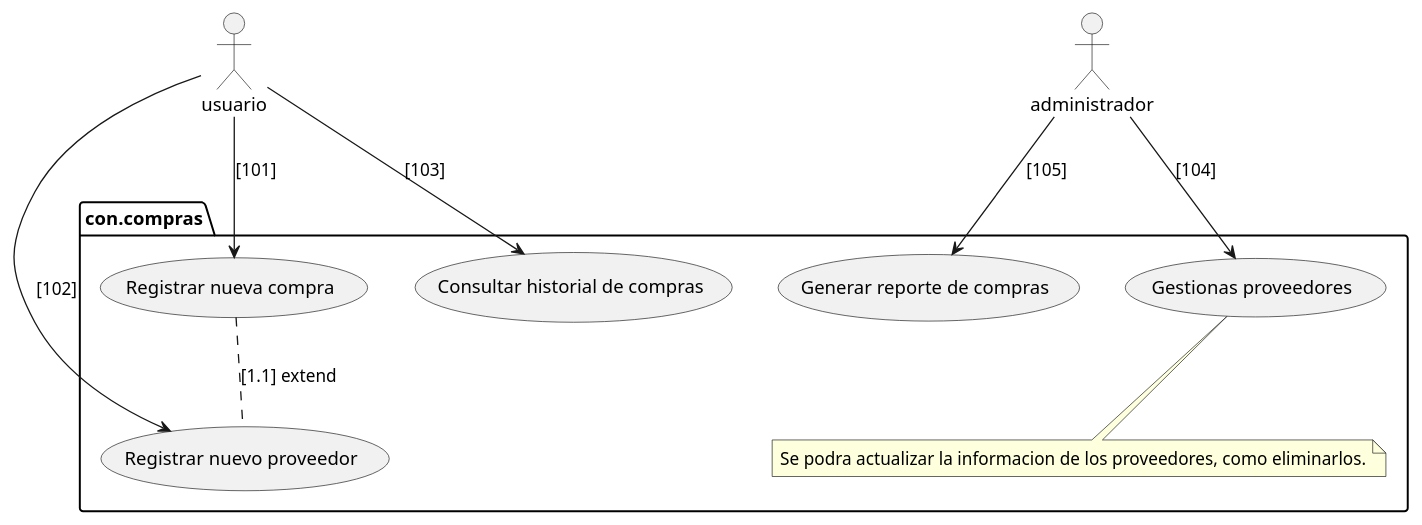
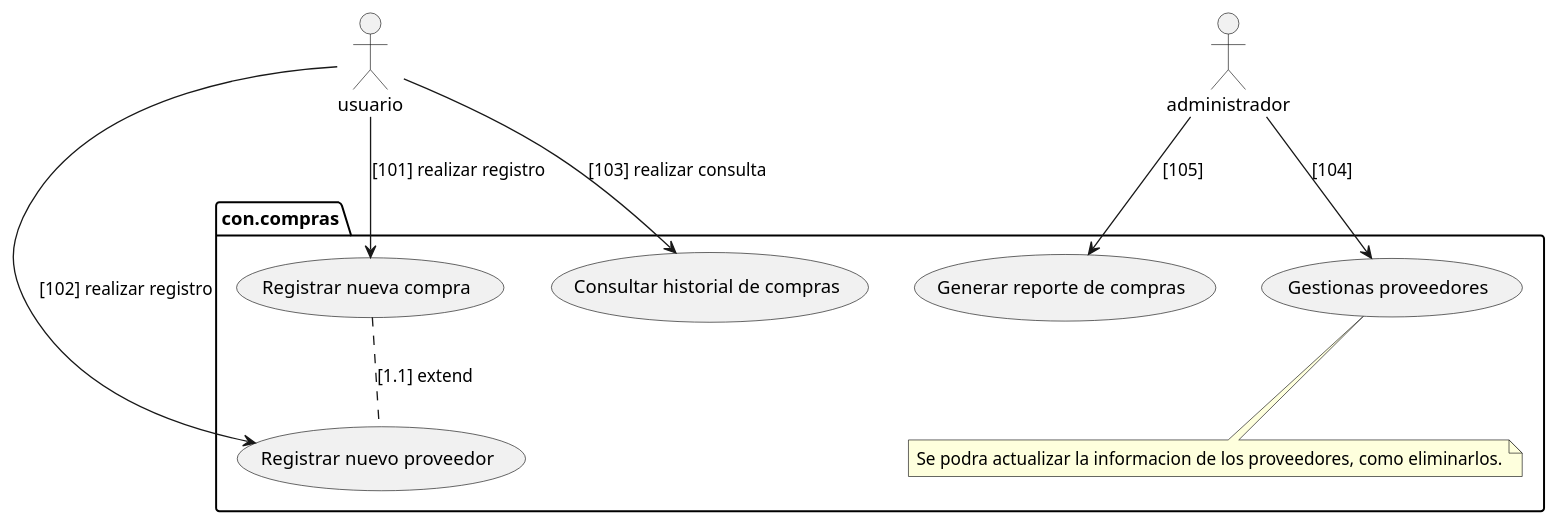
The diagram in UML/compras/UC compras.puml (Digbers/camal-microservice), drawn with PlantUML before and after one commit. The commit also changed 296 other files, not shown here.

```diff
--- a/UML/compras/UC compras.puml
+++ b/UML/compras/UC compras.puml
@@ -1,21 +1,21 @@
 @startuml
 actor "usuario" as cli
 actor "administrador" as adm
 package "con.compras" {
 note "Se podra actualizar la informacion de los proveedores, como eliminarlos." as N2
 
     usecase "Registrar nueva compra" as co
     usecase "Registrar nuevo proveedor" as pro
     usecase "Consultar historial de compras" as recom
     usecase "Gestionas proveedores" as ges
     usecase "Generar reporte de compras" as repCompras
 
     ges ..N2
     co .. pro :[1.1] extend
 }
-cli --> co :[101]
-cli --> pro :[102]
-cli --> recom :[103]
+cli --> co :[101] realizar registro
+cli --> pro :[102] realizar registro
+cli --> recom :[103] realizar consulta
 adm --> ges :[104]
 adm --> repCompras :[105]
 @enduml
```
